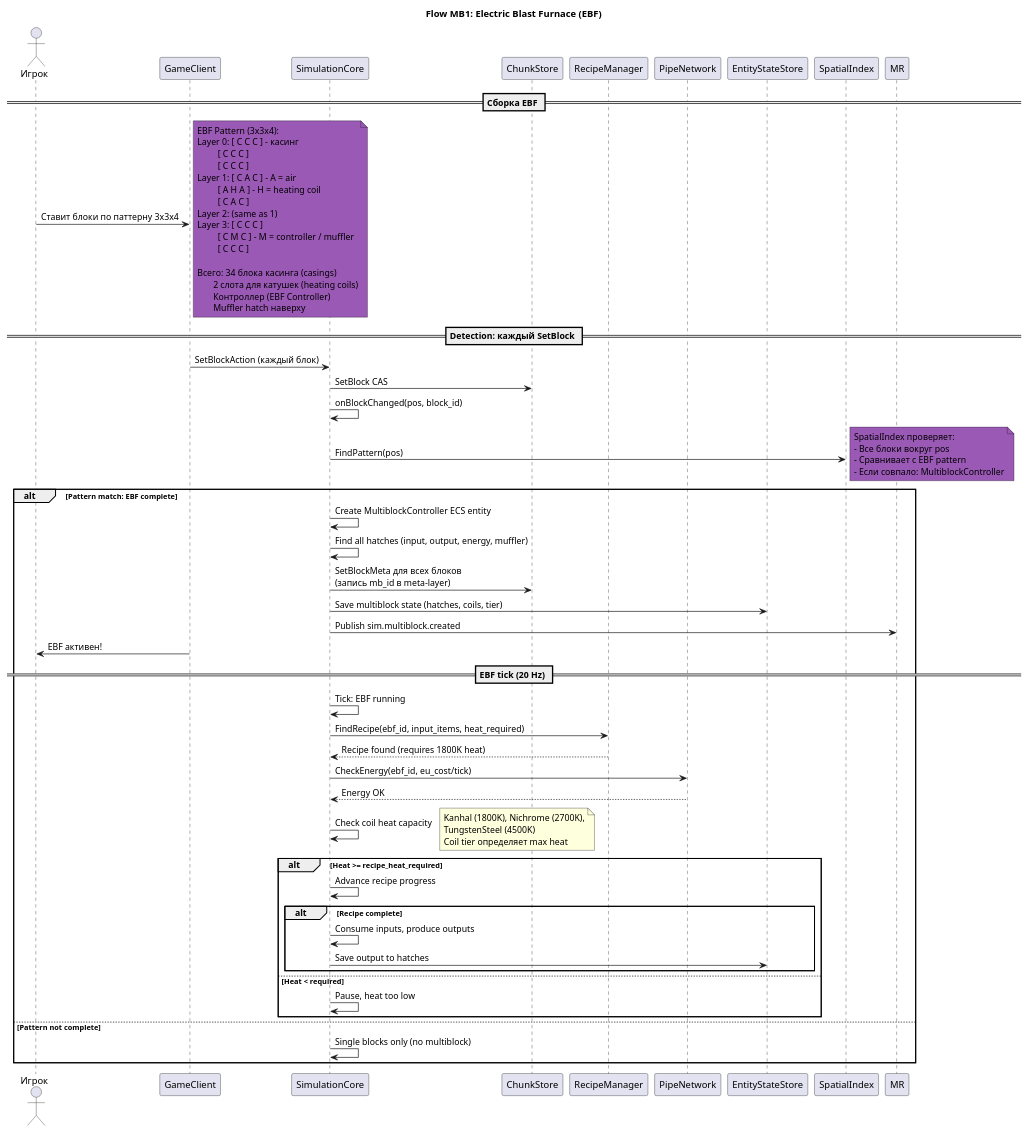
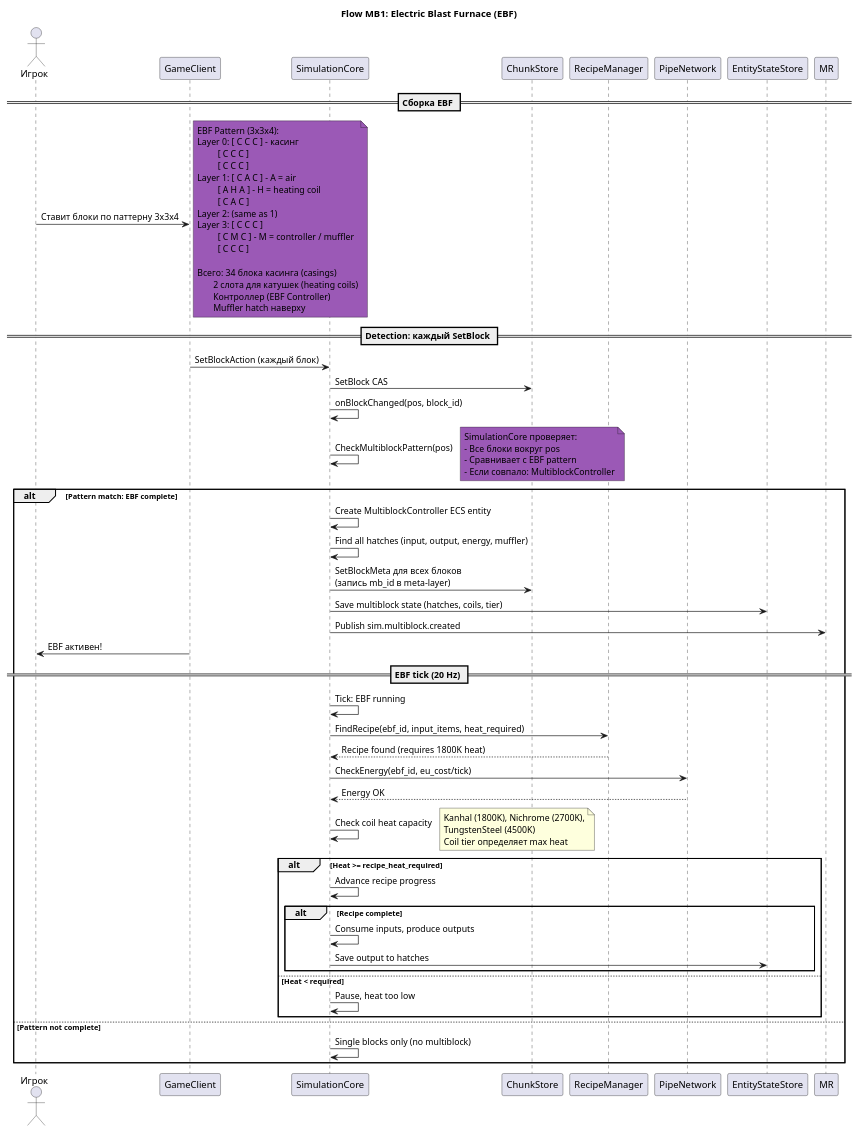
One commit to lexasub/gtnh-platform changed the first of 3 diagrams in doc/userflow/09-multiblocks.puml. Above: the diagram before and after it, drawn with PlantUML. The commit also changed other lines of this file and 26 other files, not shown here.

```diff
--- a/doc/userflow/09-multiblocks.puml
+++ b/doc/userflow/09-multiblocks.puml
@@ -9,86 +9,85 @@
 @startuml multiblock-ebf
 title **Flow MB1: Electric Blast Furnace (EBF)**
 
 actor "Игрок" as Player
 participant "GameClient" as Client
 participant "SimulationCore" as Sim
 participant "ChunkStore" as CS
 participant "RecipeManager" as RM
 participant "PipeNetwork" as PN
 participant "EntityStateStore" as ESS
-participant "SpatialIndex" as SI
 
 == Сборка EBF ==
 
 Player -> Client: Ставит блоки по паттерну 3х3х4
 note right #9B59B6
   EBF Pattern (3x3x4):
   Layer 0: [ C C C ] - касинг
            [ C C C ]
            [ C C C ]
   Layer 1: [ C A C ] - A = air
            [ A H A ] - H = heating coil
            [ C A C ]
   Layer 2: (same as 1)
   Layer 3: [ C C C ]
            [ C M C ] - M = controller / muffler
            [ C C C ]
 
   Всего: 34 блока касинга (casings)
          2 слота для катушек (heating coils)
          Контроллер (EBF Controller)
          Muffler hatch наверху
 end note
 
 == Detection: каждый SetBlock ==
 
 Client -> Sim: SetBlockAction (каждый блок)
 Sim -> CS: SetBlock CAS
 
 Sim -> Sim: onBlockChanged(pos, block_id)
 
-Sim -> SI: FindPattern(pos)
+Sim -> Sim: CheckMultiblockPattern(pos)
 note right #9B59B6
-  SpatialIndex проверяет:
+  SimulationCore проверяет:
   - Все блоки вокруг pos
   - Сравнивает с EBF pattern
   - Если совпало: MultiblockController
 end note
 
 alt Pattern match: EBF complete
     Sim -> Sim: Create MultiblockController ECS entity
     Sim -> Sim: Find all hatches (input, output, energy, muffler)
 
     Sim -> CS: SetBlockMeta для всех блоков\n(запись mb_id в meta-layer)
     Sim -> ESS: Save multiblock state (hatches, coils, tier)
 
     Sim -> MR: Publish sim.multiblock.created
     Client -> Player: EBF активен!
 
     == EBF tick (20 Hz) ==
 
     Sim -> Sim: Tick: EBF running
 
     Sim -> RM: FindRecipe(ebf_id, input_items, heat_required)
     RM --> Sim: Recipe found (requires 1800K heat)
 
     Sim -> PN: CheckEnergy(ebf_id, eu_cost/tick)
     PN --> Sim: Energy OK
 
     Sim -> Sim: Check coil heat capacity
     note right: Kanhal (1800K), Nichrome (2700K),\nTungstenSteel (4500K)\nCoil tier определяет max heat
 
     alt Heat >= recipe_heat_required
         Sim -> Sim: Advance recipe progress
         alt Recipe complete
             Sim -> Sim: Consume inputs, produce outputs
             Sim -> ESS: Save output to hatches
         end
     else Heat < required
         Sim -> Sim: Pause, heat too low
     end
 else Pattern not complete
     Sim -> Sim: Single blocks only (no multiblock)
 end
 
 @enduml
```
